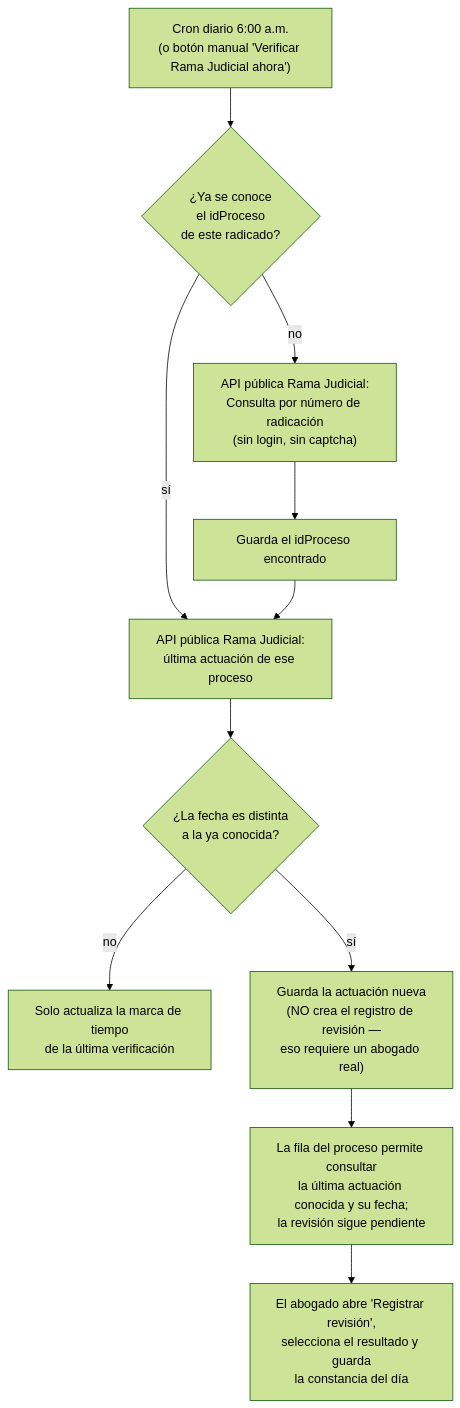
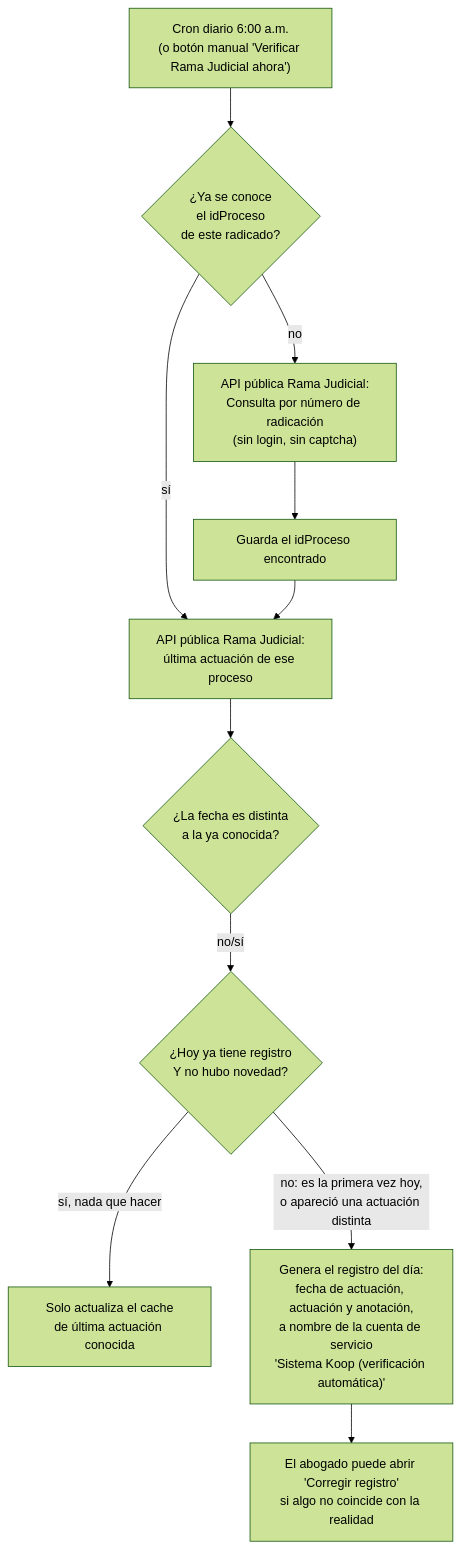
One commit to KoopStrategicAdvisory/back changed the eighth of 8 diagrams in README.md. Above: the diagram before and after it, drawn with Mermaid (forest theme). The commit also changed other lines of this file and 5 other files, not shown here.

First line of the commit message:
feat: la verificacion automatica de rama judicial genera el registro

````diff
--- a/README.md
+++ b/README.md
@@ -209,13 +209,13 @@
 ```mermaid
 flowchart TD
     Cron["Cron diario 6:00 a.m.<br/>(o botón manual 'Verificar Rama Judicial ahora')"] --> Buscar{"¿Ya se conoce<br/>el idProceso<br/>de este radicado?"}
     Buscar -->|no| API1["API pública Rama Judicial:<br/>Consulta por número de radicación<br/>(sin login, sin captcha)"]
     API1 --> Cache[Guarda el idProceso encontrado]
     Buscar -->|sí| API2
     Cache --> API2["API pública Rama Judicial:<br/>última actuación de ese proceso"]
     API2 --> Compara{"¿La fecha es distinta<br/>a la ya conocida?"}
-    Compara -->|no| Fin[Solo actualiza la marca de tiempo<br/>de la última verificación]
-    Compara -->|sí| Marca["Guarda la actuación nueva<br/>(NO crea el registro de revisión —<br/>eso requiere un abogado real)"]
-    Marca --> Checklist["La fila del proceso permite consultar<br/>la última actuación conocida y su fecha;<br/>la revisión sigue pendiente"]
-    Checklist --> Humano["El abogado abre 'Registrar revisión',<br/>selecciona el resultado y guarda<br/>la constancia del día"]
+    Compara -->|no/sí| Genera{"¿Hoy ya tiene registro<br/>Y no hubo novedad?"}
+    Genera -->|sí, nada que hacer| Fin[Solo actualiza el cache<br/>de última actuación conocida]
+    Genera -->|no: es la primera vez hoy,<br/>o apareció una actuación distinta| Registro["Genera el registro del día:<br/>fecha de actuación, actuación y anotación,<br/>a nombre de la cuenta de servicio<br/>'Sistema Koop (verificación automática)'"]
+    Registro --> Humano["El abogado puede abrir 'Corregir registro'<br/>si algo no coincide con la realidad"]
 ```
````
